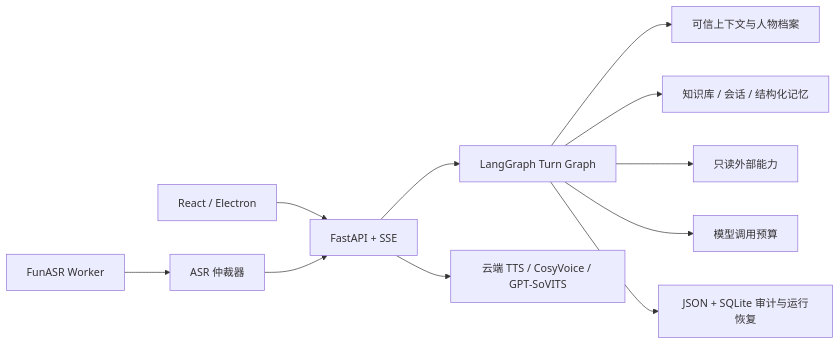
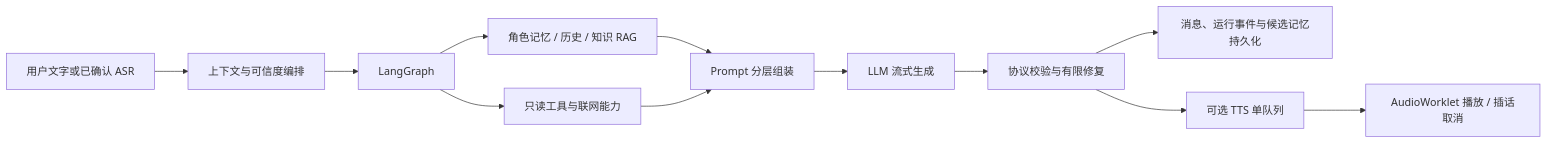
Before and after one commit to Spirtxiaoqi7/Mindspace: the second of 2 diagrams in README.md, drawn with Mermaid. The commit also changed other lines of this file and 12 other files, not shown here.

````diff
--- a/README.md
+++ b/README.md
@@ -307,13 +153,14 @@
 ```mermaid
 flowchart LR
-    UI["React / Electron"] --> API["FastAPI + SSE"]
-    API --> GRAPH["LangGraph Turn Graph"]
-    GRAPH --> CONTEXT["可信上下文与人物档案"]
-    GRAPH --> RAG["知识库 / 会话 / 结构化记忆"]
-    GRAPH --> CAP["只读外部能力"]
-    GRAPH --> LLM["模型调用预算"]
-    ASR["FunASR Worker"] --> ARB["ASR 仲裁器"]
-    ARB --> API
-    API --> TTS["云端 TTS / CosyVoice / GPT-SoVITS"]
-    GRAPH --> DB["JSON + SQLite 审计与运行恢复"]
+    U["用户文字或已确认 ASR"] --> C["上下文与可信度编排"]
+    C --> G["LangGraph"]
+    G --> R["角色记忆 / 历史 / 知识 RAG"]
+    G --> T["只读工具与联网能力"]
+    R --> P["Prompt 分层组装"]
+    T --> P
+    P --> L["LLM 流式生成"]
+    L --> V["协议校验与有限修复"]
+    V --> S["消息、运行事件与候选记忆持久化"]
+    V --> A["可选 TTS 单队列"]
+    A --> O["AudioWorklet 播放 / 插话取消"]
 ```
````
